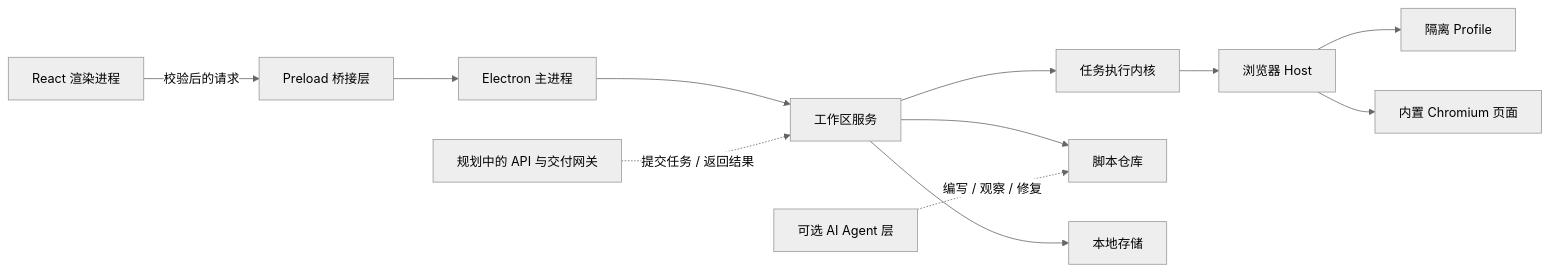
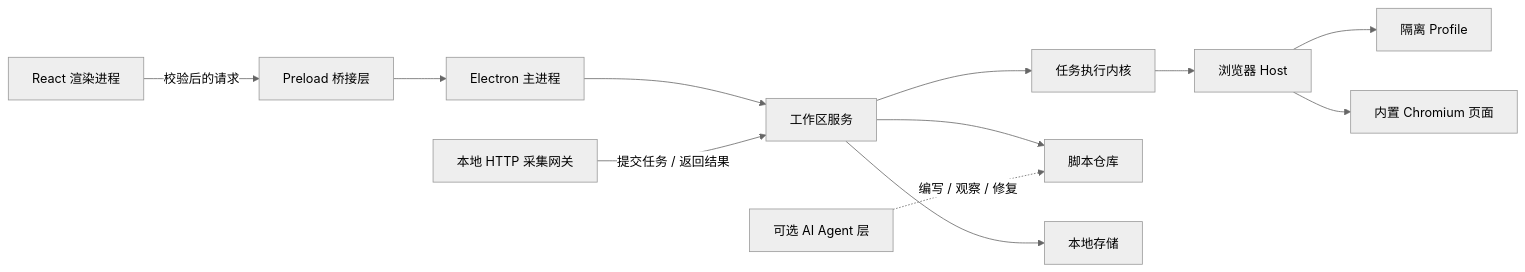
Before and after one commit to Spark-Relics/Mimesis: the diagram in README.zh-CN.md, drawn with Mermaid (neutral theme). The commit also changed other lines of this file and 55 other files, not shown here.

````diff
--- a/README.zh-CN.md
+++ b/README.zh-CN.md
@@ -34,14 +38,14 @@
 ```mermaid
 flowchart LR
     UI[React 渲染进程] -->|校验后的请求| Preload[Preload 桥接层]
     Preload --> Main[Electron 主进程]
     Main --> Workspace[工作区服务]
     Workspace --> Runner[任务执行内核]
     Workspace --> Registry[脚本仓库]
     Workspace --> Store[本地存储]
     Runner --> Host[浏览器 Host]
     Host --> Profiles[隔离 Profile]
     Host --> Chromium[内置 Chromium 页面]
     Agent[可选 AI Agent 层] -. 编写 / 观察 / 修复 .-> Registry
-    Gateway[规划中的 API 与交付网关] -. 提交任务 / 返回结果 .-> Workspace
+    Gateway[本地 HTTP 采集网关] -->|提交任务 / 返回结果| Workspace
 ```
````
